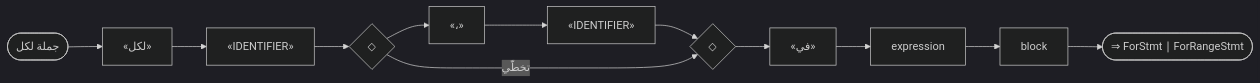
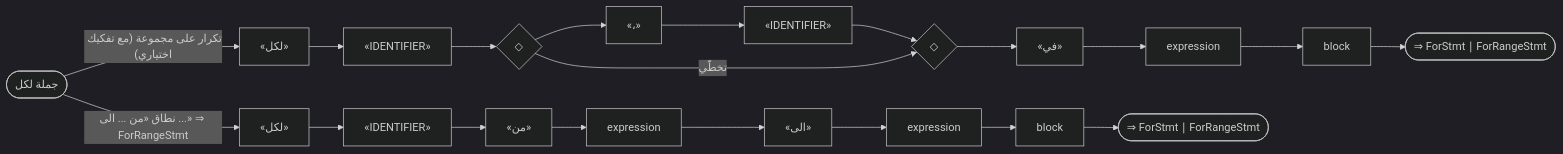
The sixth of 22 diagrams in docs/parser_rule/_generated/10_statements.md (sadlang/sadlang), drawn with Mermaid (dark theme) before and after one commit. The commit also changed other lines of this file and 37 other files, not shown here.

````diff
--- a/docs/parser_rule/_generated/10_statements.md
+++ b/docs/parser_rule/_generated/10_statements.md
@@ -206,25 +208,41 @@
 ```mermaid
 flowchart LR
   n1(["جملة لكل"])
   n2["«لكل»"]
   n3["«IDENTIFIER»"]
   n2 --> n3
   n4{"◇"}
   n5{"◇"}
   n6["«،»"]
   n7["«IDENTIFIER»"]
   n6 --> n7
   n4 --> n6
   n7 --> n5
   n4 -- "تخطّي" --> n5
   n3 --> n4
   n8["«في»"]
   n5 --> n8
   n9["expression"]
   n8 --> n9
   n10["block"]
   n9 --> n10
-  n1 --> n2
+  n1 -- "تكرار على مجموعة (مع تفكيك اختياري)" --> n2
   n11(["⇒ ForStmt ∣ ForRangeStmt"])
   n10 --> n11
+  n12["«لكل»"]
+  n13["«IDENTIFIER»"]
+  n12 --> n13
+  n14["«من»"]
+  n13 --> n14
+  n15["expression"]
+  n14 --> n15
+  n16["«الى»"]
+  n15 --> n16
+  n17["expression"]
+  n16 --> n17
+  n18["block"]
+  n17 --> n18
+  n1 -- "نطاق «من ... الى ...» ⇒ ForRangeStmt" --> n12
+  n19(["⇒ ForStmt ∣ ForRangeStmt"])
+  n18 --> n19
 ```
````
